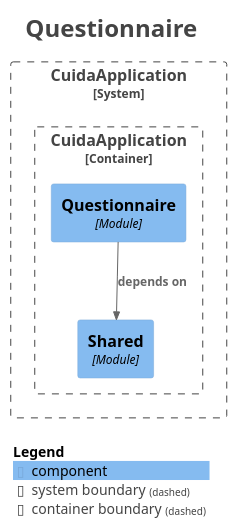
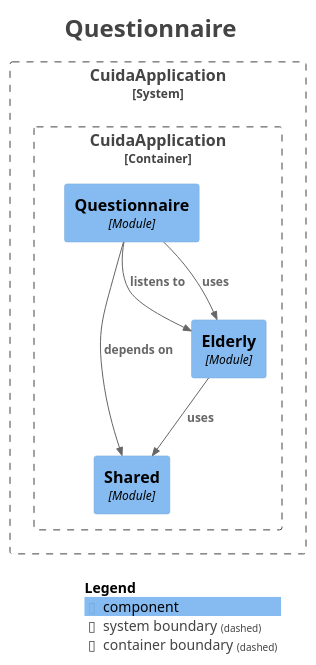
One commit to Rodrimir/alo_diario changed the diagram in docs/modules/module-questionnaire.puml. Above: the diagram before and after it, drawn with PlantUML. The commit also changed 43 other files, not shown here.

```diff
--- a/docs/modules/module-questionnaire.puml
+++ b/docs/modules/module-questionnaire.puml
@@ -1,30 +1,34 @@
 @startuml
 title <size:24>Questionnaire</size>
 
 set separator none
 top to bottom direction
 
 <style>
   root {
     BackgroundColor: #ffffff
     FontColor: #444444
   }
 </style>
 
 !include <C4/C4>
 !include <C4/C4_Context>
 !include <C4/C4_Component>
 
 System_Boundary("CuidaApplication_boundary", "CuidaApplication", $tags="") {
   Container_Boundary("CuidaApplication.CuidaApplication_boundary", "CuidaApplication", $tags="") {
     Component(CuidaApplication.CuidaApplication.Questionnaire, "Questionnaire", $techn="Module", $descr="", $tags="", $link="")
     Component(CuidaApplication.CuidaApplication.Shared, "Shared", $techn="Module", $descr="", $tags="", $link="")
+    Component(CuidaApplication.CuidaApplication.Elderly, "Elderly", $techn="Module", $descr="", $tags="", $link="")
   }
 
 }
 
+Rel(CuidaApplication.CuidaApplication.Elderly, CuidaApplication.CuidaApplication.Shared, "uses", $techn="", $tags="", $link="")
+Rel(CuidaApplication.CuidaApplication.Questionnaire, CuidaApplication.CuidaApplication.Elderly, "listens to", $techn="", $tags="", $link="")
+Rel(CuidaApplication.CuidaApplication.Questionnaire, CuidaApplication.CuidaApplication.Elderly, "uses", $techn="", $tags="", $link="")
 Rel(CuidaApplication.CuidaApplication.Questionnaire, CuidaApplication.CuidaApplication.Shared, "depends on", $techn="", $tags="", $link="")
 
 SHOW_LEGEND(true)
 hide stereotypes
 @enduml
```
